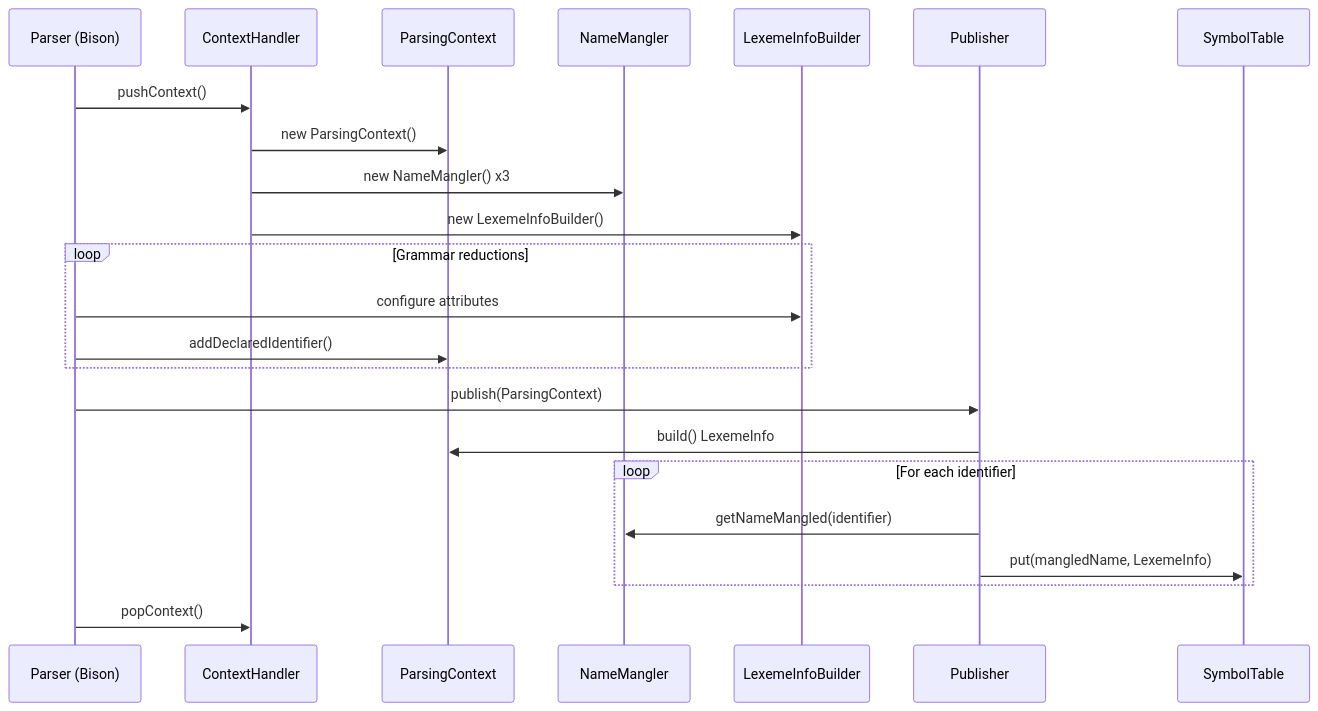
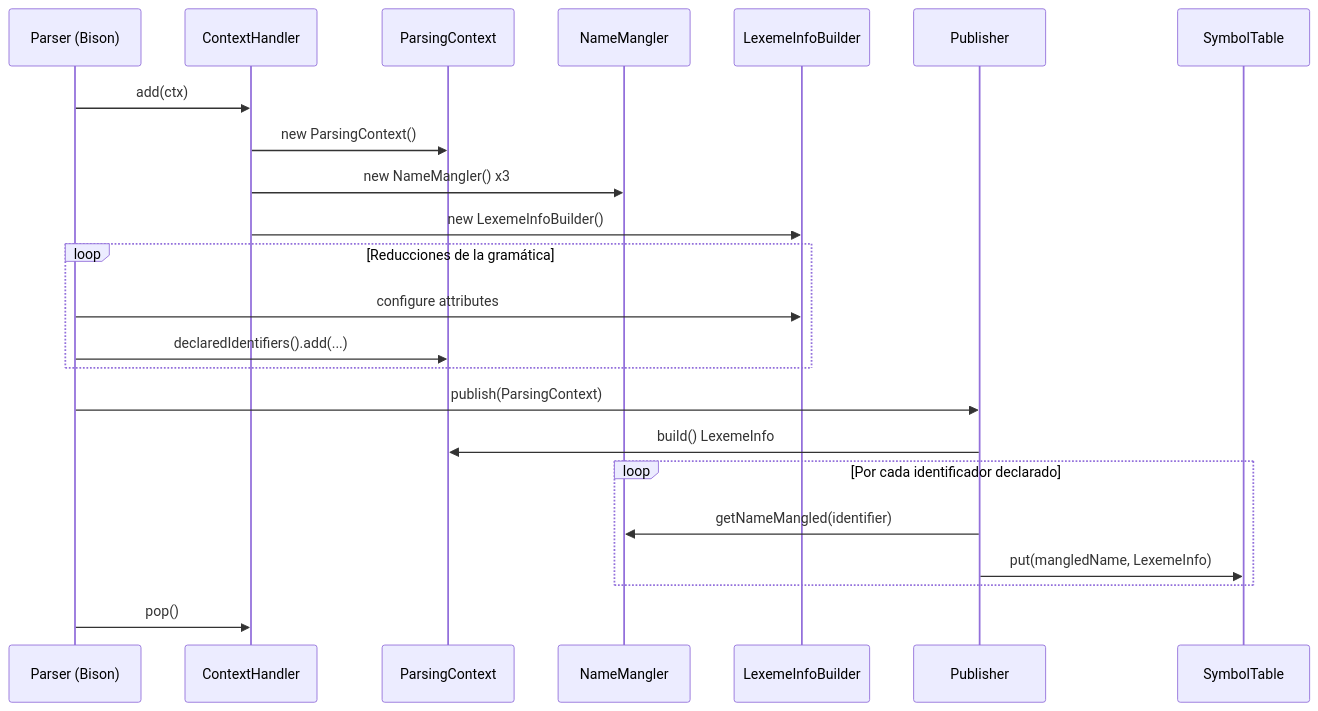
The fifth of 6 diagrams in doc/modules/parser.md (PascalUser/FLC-IEC61131-7), drawn with Mermaid before and after one commit. The commit also changed other lines of this file and 25 other files, not shown here.

````diff
--- a/doc/modules/parser.md
+++ b/doc/modules/parser.md
@@ -349,29 +407,29 @@
 ```mermaid
 sequenceDiagram
     participant Parser as Parser (Bison)
     participant CH as ContextHandler
     participant PC as ParsingContext
     participant NM as NameMangler
     participant Builder as LexemeInfoBuilder
     participant Pub as Publisher
     participant ST as SymbolTable
 
-    Parser->>CH: pushContext()
+    Parser->>CH: add(ctx)
     CH->>PC: new ParsingContext()
     CH->>NM: new NameMangler() x3
     CH->>Builder: new LexemeInfoBuilder()
 
-    loop Grammar reductions
+    loop Reducciones de la gramática
         Parser->>Builder: configure attributes
-        Parser->>PC: addDeclaredIdentifier()
+        Parser->>PC: declaredIdentifiers().add(...)
     end
 
     Parser->>Pub: publish(ParsingContext)
     Pub->>PC: build() LexemeInfo
-    loop For each identifier
+    loop Por cada identificador declarado
         Pub->>NM: getNameMangled(identifier)
         Pub->>ST: put(mangledName, LexemeInfo)
     end
 
-    Parser->>CH: popContext()
+    Parser->>CH: pop()
 ```
````
